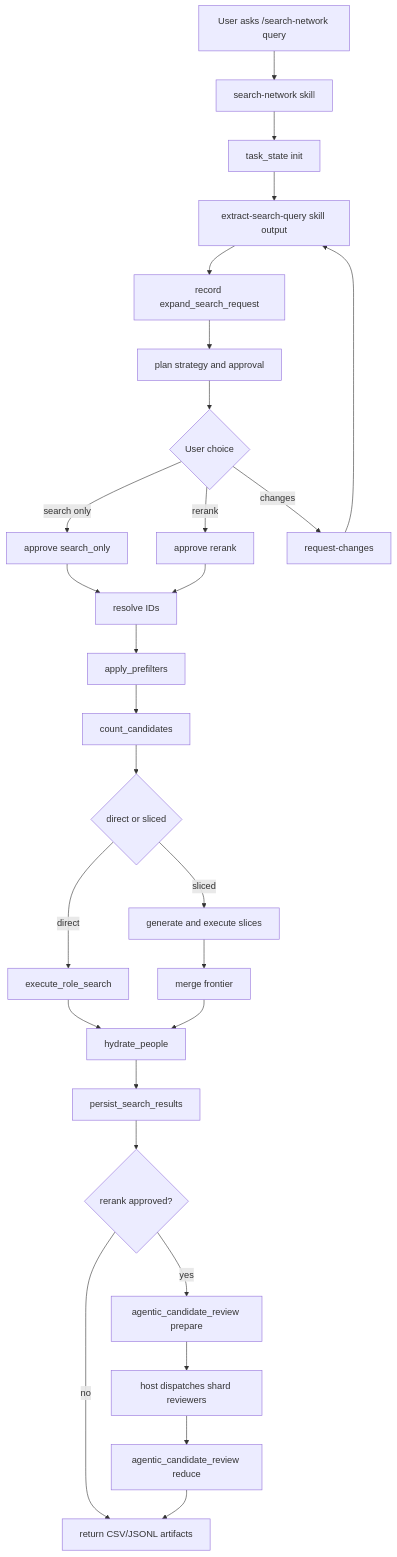
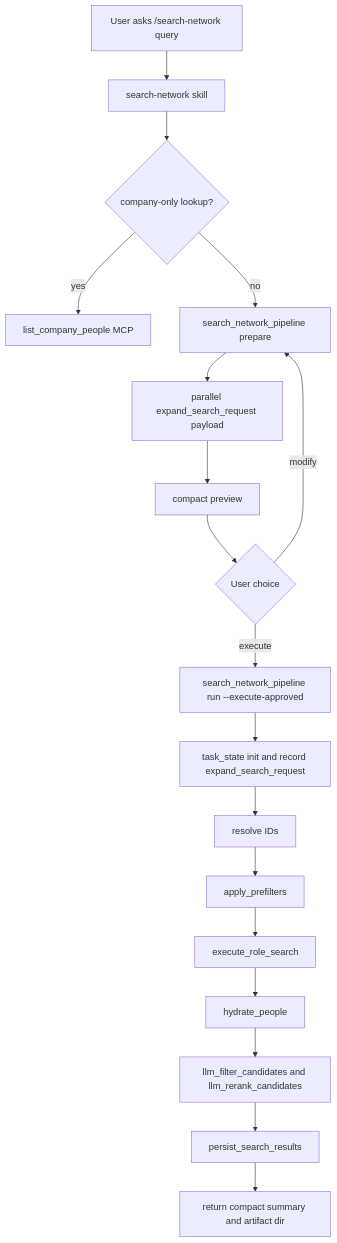
Before and after one commit to powerset-co/powerpacks: the first of 5 diagrams in packs/search/docs/task-flow.md, drawn with Mermaid. The commit also changed other lines of this file and 23 other files, not shown here.

Commit message:
Remove legacy extract search query skill

````diff
--- a/packs/search/docs/task-flow.md
+++ b/packs/search/docs/task-flow.md
@@ -7,30 +7,20 @@
 ```mermaid
 flowchart TD
   U[User asks /search-network query] --> S[search-network skill]
-  S --> T[task_state init]
-  T --> E[extract-search-query skill output]
-  E --> R[record expand_search_request]
-  R --> P[plan strategy and approval]
+  S --> F{company-only lookup?}
+  F -->|yes| MCP[list_company_people MCP]
+  F -->|no| PREP[search_network_pipeline prepare]
+  PREP --> E[parallel expand_search_request payload]
+  E --> P[compact preview]
   P --> A{User choice}
-  A -->|search only| X[approve search_only]
-  A -->|rerank| XR[approve rerank]
-  A -->|changes| C[request-changes]
-  C --> E
-  X --> ID[resolve IDs]
-  XR --> ID
+  A -->|modify| PREP
+  A -->|execute| RUN[search_network_pipeline run --execute-approved]
+  RUN --> T[task_state init and record expand_search_request]
+  T --> ID[resolve IDs]
   ID --> PF[apply_prefilters]
-  PF --> CT[count_candidates]
-  CT --> D{direct or sliced}
-  D -->|direct| EX[execute_role_search]
-  D -->|sliced| SL[generate and execute slices]
-  SL --> M[merge frontier]
+  PF --> EX[execute_role_search]
   EX --> H[hydrate_people]
-  M --> H
-  H --> IO[persist_search_results]
-  IO --> AR{rerank approved?}
-  AR -->|no| OUT[return CSV/JSONL artifacts]
-  AR -->|yes| PREP[agentic_candidate_review prepare]
-  PREP --> SUB[host dispatches shard reviewers]
-  SUB --> RED[agentic_candidate_review reduce]
-  RED --> OUT
+  H --> LLM[llm_filter_candidates and llm_rerank_candidates]
+  LLM --> IO[persist_search_results]
+  IO --> OUT[return compact summary and artifact dir]
 ```
````
